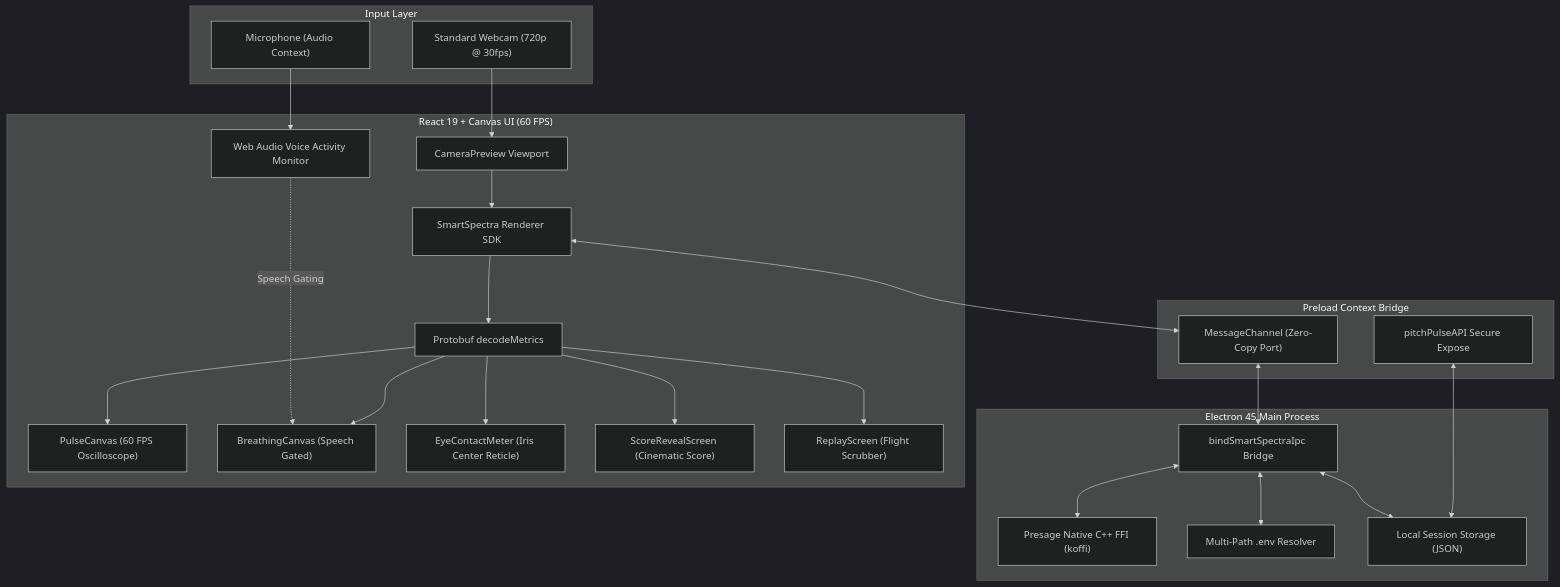
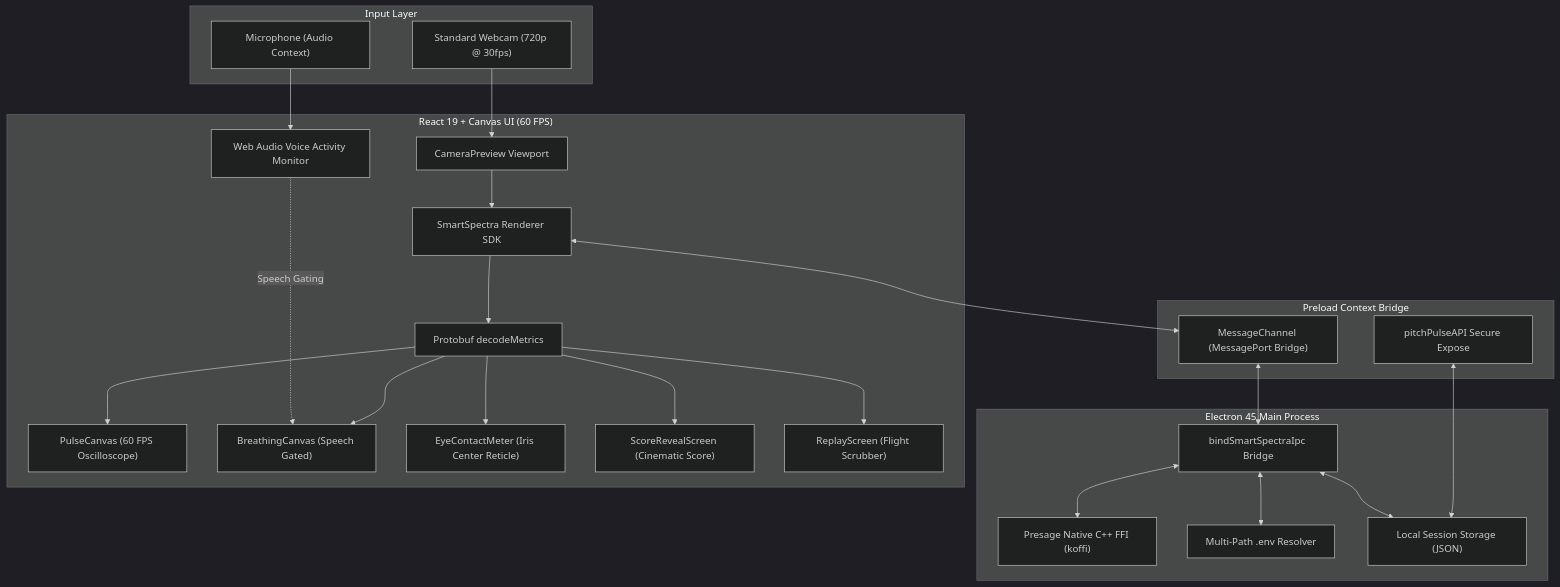
One commit to JaniDhruv/PitchPulse changed the diagram in README.md. Above: the diagram before and after it, drawn with Mermaid (dark theme). The commit also changed other lines of this file, not shown here.

````diff
--- a/README.md
+++ b/README.md
@@ -171,46 +172,46 @@
 ```mermaid
 flowchart TD
     subgraph Hardware["Input Layer"]
         WEBCAM["Standard Webcam (720p @ 30fps)"]
         MIC["Microphone (Audio Context)"]
     end
 
     subgraph Native["Electron 45 Main Process"]
         KOFFI["Presage Native C++ FFI (koffi)"]
         IPC_MAIN["bindSmartSpectraIpc Bridge"]
         ENV_RESOLVER["Multi-Path .env Resolver"]
         SESSION_STORE["Local Session Storage (JSON)"]
     end
 
     subgraph Preload["Preload Context Bridge"]
-        BRIDGE["MessageChannel (Zero-Copy Port)"]
+        BRIDGE["MessageChannel (MessagePort Bridge)"]
         SAFE_API["pitchPulseAPI Secure Expose"]
     end
 
     subgraph Renderer["React 19 + Canvas UI (60 FPS)"]
         VIDEO["CameraPreview Viewport"]
         SDK_REN["SmartSpectra Renderer SDK"]
         AUDIO_DET["Web Audio Voice Activity Monitor"]
         DECODE["Protobuf decodeMetrics"]
         PULSE_CV["PulseCanvas (60 FPS Oscilloscope)"]
         BREATH_CV["BreathingCanvas (Speech Gated)"]
         EYE_METER["EyeContactMeter (Iris Center Reticle)"]
         REVEAL["ScoreRevealScreen (Cinematic Score)"]
         REPLAY["ReplayScreen (Flight Scrubber)"]
     end
 
     WEBCAM --> VIDEO
     MIC --> AUDIO_DET
     VIDEO --> SDK_REN
     SDK_REN <--> BRIDGE <--> IPC_MAIN <--> KOFFI
     IPC_MAIN <--> ENV_RESOLVER
     IPC_MAIN <--> SESSION_STORE
     SDK_REN --> DECODE
     AUDIO_DET -.->|"Speech Gating"| BREATH_CV
     DECODE --> PULSE_CV
     DECODE --> BREATH_CV
     DECODE --> EYE_METER
     DECODE --> REVEAL
     DECODE --> REPLAY
     SAFE_API <--> SESSION_STORE
 ```
````
